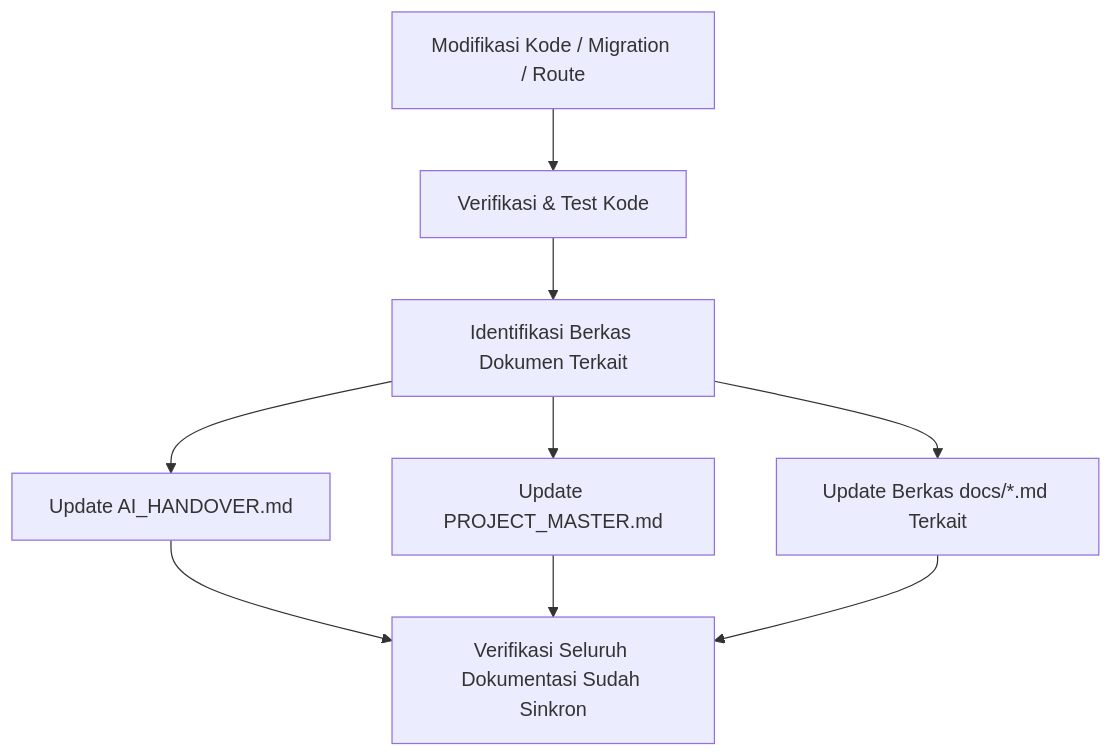
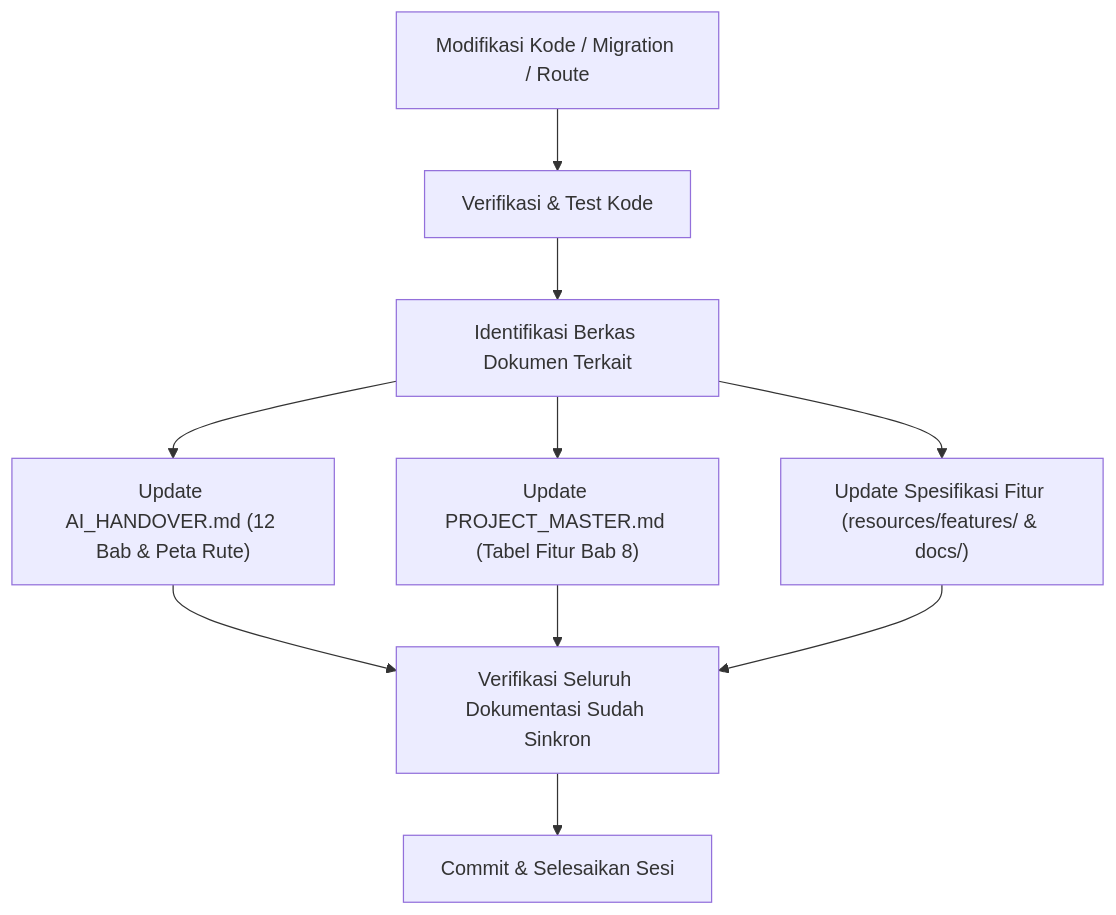
The diagram in .skills/auto-doc-update/SKILL.md (arifhyde98/Aset_terpadu), drawn with Mermaid before and after one commit. The commit also changed other lines of this file and 3 other files, not shown here.

````diff
--- a/.skills/auto-doc-update/SKILL.md
+++ b/.skills/auto-doc-update/SKILL.md
@@ -43,11 +57,12 @@
 ```mermaid
 flowchart TD
     A["Modifikasi Kode / Migration / Route"] --> B["Verifikasi & Test Kode"]
     B --> C["Identifikasi Berkas Dokumen Terkait"]
-    C --> D["Update AI_HANDOVER.md"]
-    C --> E["Update PROJECT_MASTER.md"]
-    C --> F["Update Berkas docs/*.md Terkait"]
+    C --> D["Update AI_HANDOVER.md (12 Bab & Peta Rute)"]
+    C --> E["Update PROJECT_MASTER.md (Tabel Fitur Bab 8)"]
+    C --> F["Update Spesifikasi Fitur (resources/features/ & docs/)"]
     D --> G["Verifikasi Seluruh Dokumentasi Sudah Sinkron"]
     E --> G
     F --> G
+    G --> H["Commit & Selesaikan Sesi"]
 ```
````
